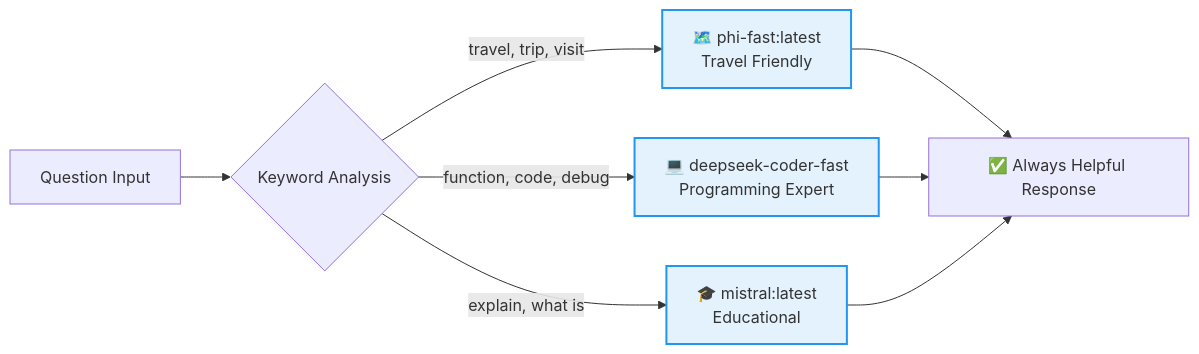
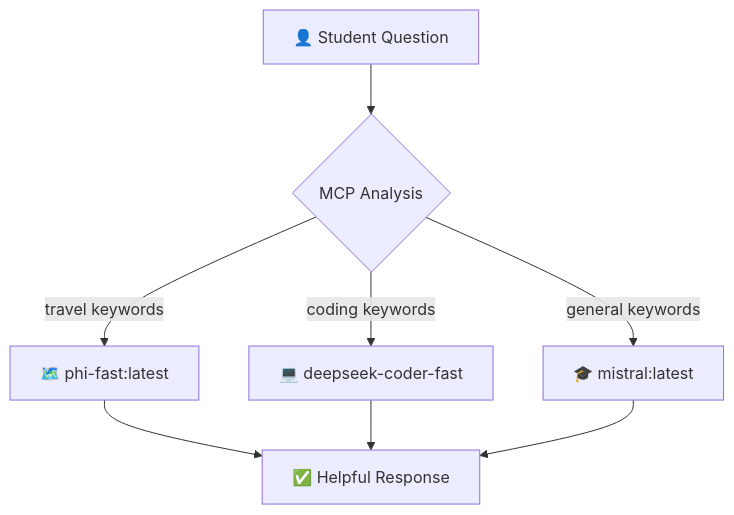
One commit to manikcloud/ai-learning-path changed the diagram in Session-8-MCP-Visual-Examples/README.md. Above: the diagram before and after it, drawn with Mermaid. The commit also changed other lines of this file, not shown here.

````diff
--- a/Session-8-MCP-Visual-Examples/README.md
+++ b/Session-8-MCP-Visual-Examples/README.md
@@ -213,15 +58,12 @@
 ```mermaid
-graph LR
-    A[Question Input] --> B{Keyword Analysis}
+graph TD
+    A[👤 Student Question] --> B{MCP Analysis}
     
-    B -->|travel, trip, visit| C[🗺️ phi-fast:latest<br/>Travel Friendly]
-    B -->|function, code, debug| D[💻 deepseek-coder-fast<br/>Programming Expert]  
-    B -->|explain, what is| E[🎓 mistral:latest<br/>Educational]
+    B -->|travel keywords| C[🗺️ phi-fast:latest]
+    B -->|coding keywords| D[💻 deepseek-coder-fast]  
+    B -->|general keywords| E[🎓 mistral:latest]
     
-    C --> F[✅ Always Helpful Response]
+    C --> F[✅ Helpful Response]
     D --> F
     E --> F
-    
-    classDef models fill:#e3f2fd,stroke:#2196f3,stroke-width:2px
-    class C,D,E models
 ```
````
